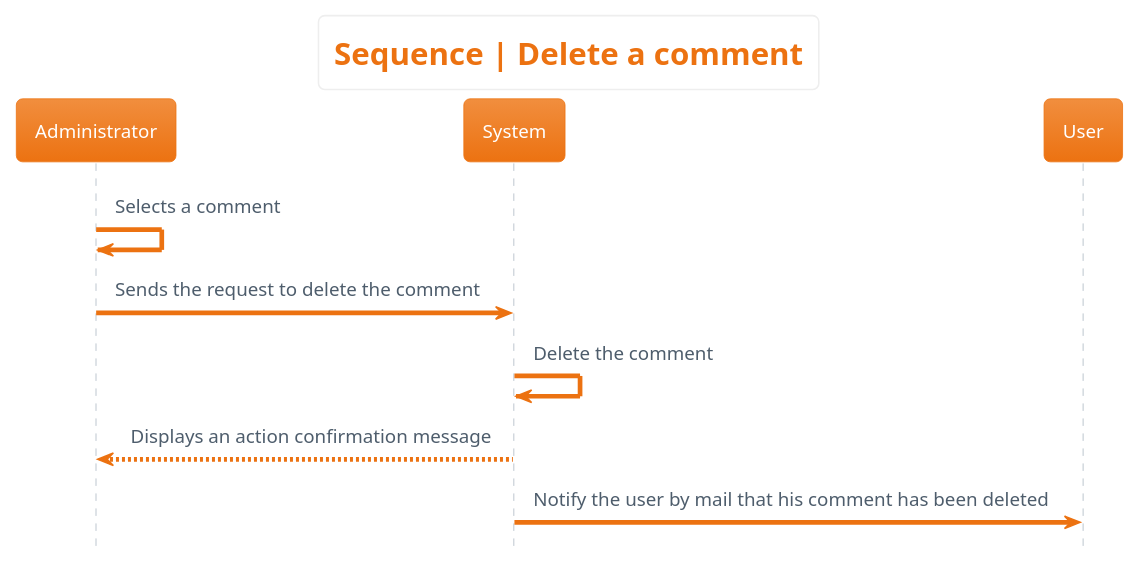
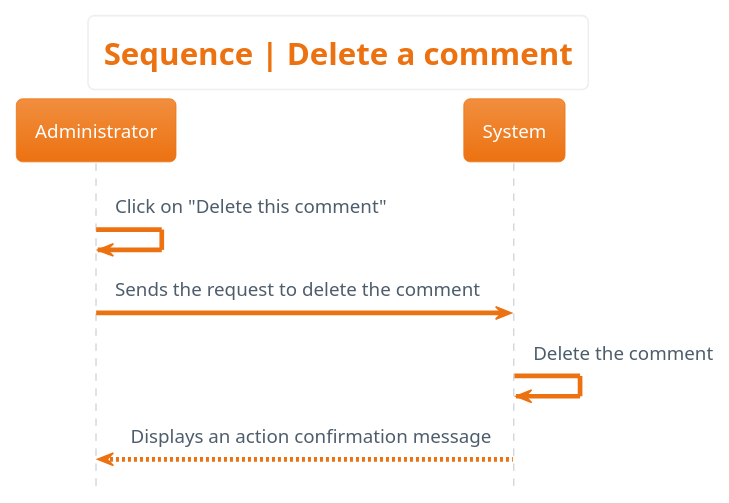
Before and after one commit to sebastien-d-me/SebBlog: the diagram in 1_project_design/uml_diagrams/sequence/comments/delete_comment/delete_comment.plantuml, drawn with PlantUML. The commit also changed 59 other files, not shown here.

First line of the commit message:
📝 Update the diagrams

```diff
--- a/1_project_design/uml_diagrams/sequence/comments/delete_comment/delete_comment.plantuml
+++ b/1_project_design/uml_diagrams/sequence/comments/delete_comment/delete_comment.plantuml
@@ -1,16 +1,15 @@
 @startuml sequence__delete_comment
 hide footbox
 skinparam actorStyle awesome
 !theme aws-orange
 skinparam backgroundcolor White
 
 'Titre'
 title Sequence | Delete a comment
 
 'Déroulement'
-Administrator -> Administrator: Selects a comment
+Administrator -> Administrator: Click on "Delete this comment"
 Administrator -> System : Sends the request to delete the comment
 System -> System : Delete the comment
 System --> Administrator : Displays an action confirmation message
-System -> User : Notify the user by mail that his comment has been deleted
 @enduml
```
